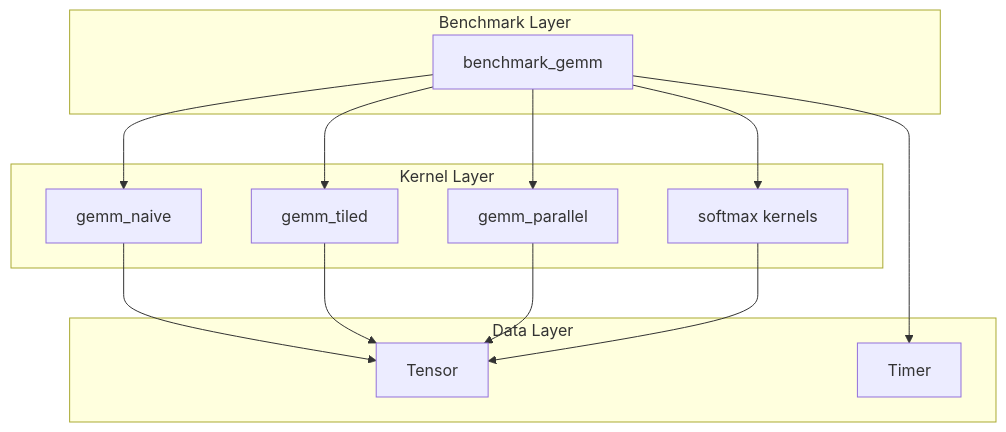
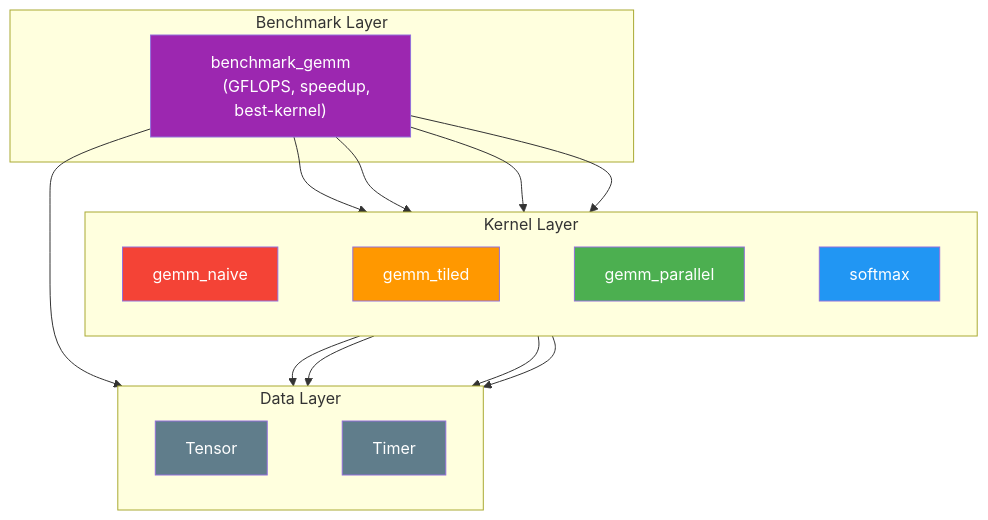
Before and after one commit to shamykyzer/ml-kernel-runtime: the first of 8 diagrams in README.md, drawn with Mermaid. The commit also changed other lines of this file, not shown here.

Commit message:
better README.md layout with diagrams and explanation

````diff
--- a/README.md
+++ b/README.md
@@ -18,26 +7,27 @@
 ```mermaid
 graph TD
     subgraph "Benchmark Layer"
-        BENCH[benchmark_gemm]
+        BENCH["benchmark_gemm
+        (GFLOPS, speedup, best-kernel)"]
     end
     subgraph "Kernel Layer"
-        NAIVE[gemm_naive]
-        TILED[gemm_tiled]
-        PARALLEL[gemm_parallel]
-        SFMAX[softmax kernels]
+        direction LR
+        NAIVE["gemm_naive"] ~~~ TILED["gemm_tiled"] ~~~ PARALLEL["gemm_parallel"] ~~~ SFMAX["softmax"]
     end
     subgraph "Data Layer"
-        TENSOR[Tensor]
-        TIMER[Timer]
+        direction LR
+        TENSOR["Tensor"] ~~~ TIMER["Timer"]
     end
 
-    BENCH --> NAIVE
-    BENCH --> TILED
-    BENCH --> PARALLEL
-    BENCH --> SFMAX
+    BENCH --> NAIVE & TILED & PARALLEL & SFMAX
     BENCH --> TIMER
-    NAIVE --> TENSOR
-    TILED --> TENSOR
-    PARALLEL --> TENSOR
-    SFMAX --> TENSOR
+    NAIVE & TILED & PARALLEL & SFMAX --> TENSOR
+
+    style BENCH fill:#9C27B0,color:#fff
+    style NAIVE fill:#f44336,color:#fff
+    style TILED fill:#FF9800,color:#fff
+    style PARALLEL fill:#4CAF50,color:#fff
+    style SFMAX fill:#2196F3,color:#fff
+    style TENSOR fill:#607D8B,color:#fff
+    style TIMER fill:#607D8B,color:#fff
 ```
````
